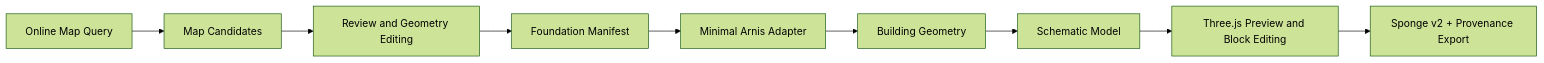
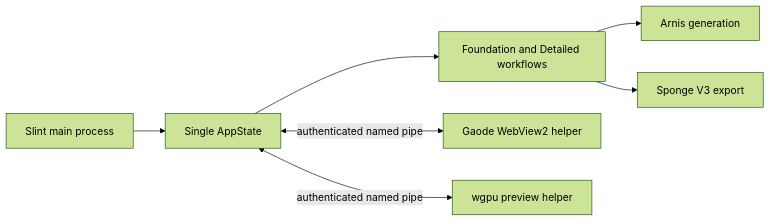
One commit to changshudakeai/campus-reconstruction-tool changed the diagram in docs/architecture.md. Above: the diagram before and after it, drawn with Mermaid (forest theme). The commit also changed other lines of this file and 1427 other files, not shown here.

Commit message:
feat: complete v1.1 native schema-2 cutover

````diff
--- a/docs/architecture.md
+++ b/docs/architecture.md
@@ -3,11 +3,9 @@
 ```mermaid
 flowchart LR
-  A["Online Map Query"] --> B["Map Candidates"]
-  B --> C["Review and Geometry Editing"]
-  C --> D["Foundation Manifest"]
-  D --> E["Minimal Arnis Adapter"]
-  E --> F["Building Geometry"]
-  F --> G["Schematic Model"]
-  G --> H["Three.js Preview and Block Editing"]
-  H --> I["Sponge v2 + Provenance Export"]
+  A["Slint main process"] --> B["Single AppState"]
+  B --> C["Foundation and Detailed workflows"]
+  C --> D["Arnis generation"]
+  C --> E["Sponge V3 export"]
+  B <-->|"authenticated named pipe"| F["Gaode WebView2 helper"]
+  B <-->|"authenticated named pipe"| G["wgpu preview helper"]
 ```
````
